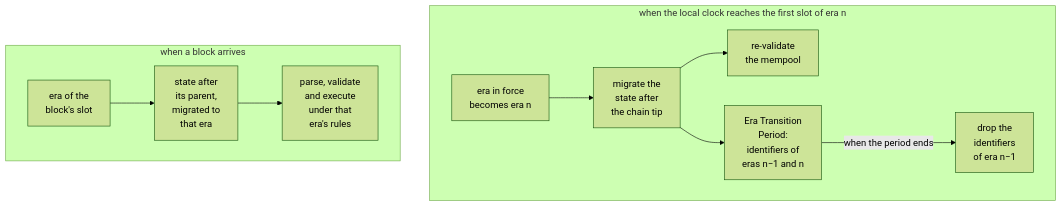
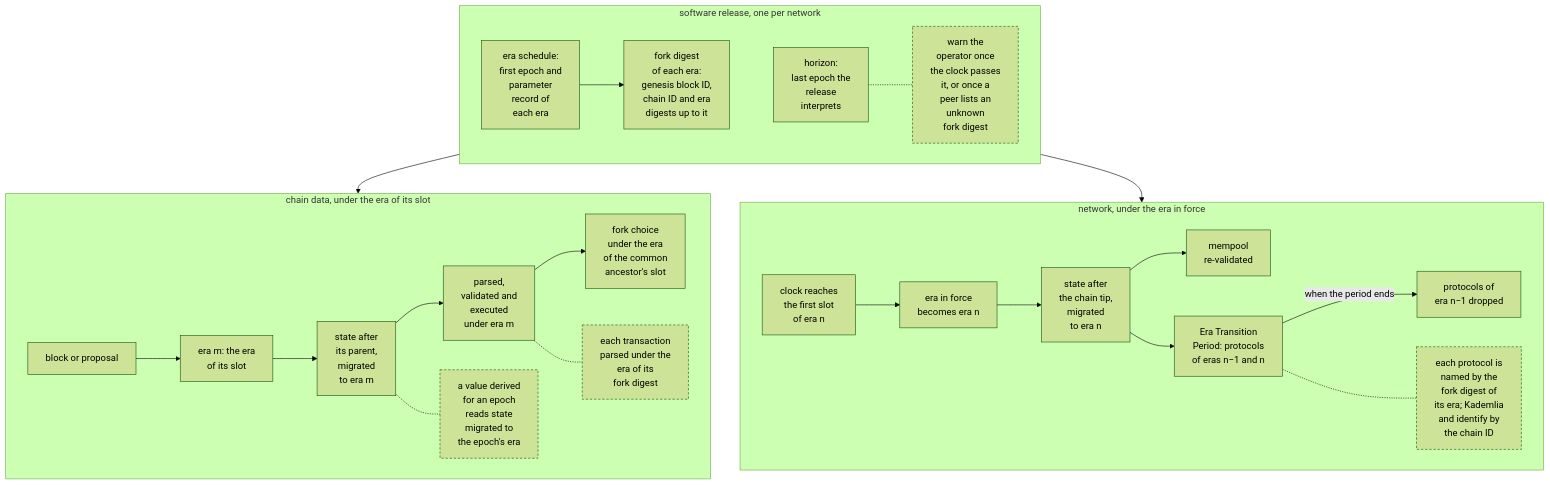
Before and after one commit to logos-co/logos-lips: the fifth of 5 diagrams in docs/blockchain/raw/bedrock-eras.md, drawn with Mermaid (forest theme). The commit also changed other lines of this file, not shown here.

Commit message:
docs(blockchain): redraw the era Protocol diagram to match the section and order the text with it

````diff
--- a/docs/blockchain/raw/bedrock-eras.md
+++ b/docs/blockchain/raw/bedrock-eras.md
@@ -146,13 +146,29 @@
 ```mermaid
 flowchart TB
-    subgraph clock["when the local clock reaches the first slot of era n"]
-        c1["era in force<br/>becomes era n"] --> c2["migrate the<br/>state after<br/>the chain tip"]
-        c2 --> c3["re-validate<br/>the mempool"]
-        c2 --> c4["Era Transition<br/>Period:<br/>identifiers of<br/>eras n−1 and n"]
-        c4 -- "when the period ends" --> c5["drop the<br/>identifiers<br/>of era n−1"]
+    subgraph rel["software release, one per network"]
+        direction LR
+        sch["era schedule:<br/>first epoch and<br/>parameter<br/>record of<br/>each era"] --> fdg["fork digest<br/>of each era:<br/>genesis block ID,<br/>chain ID and era<br/>digests up to it"]
+        fdg ~~~ hor["horizon:<br/>last epoch the<br/>release<br/>interprets"]
+        hor -.- hw["warn the<br/>operator once<br/>the clock passes<br/>it, or once a<br/>peer lists an<br/>unknown<br/>fork digest"]
     end
-    subgraph block["when a block arrives"]
-        b1["era of the<br/>block's slot"] --> b2["state after<br/>its parent,<br/>migrated to<br/>that era"]
-        b2 --> b3["parse, validate<br/>and execute<br/>under that<br/>era's rules"]
+    subgraph chain["chain data, under the era of its slot"]
+        b1["block or proposal"] --> b2["era m: the era<br/>of its slot"]
+        b2 --> b3["state after<br/>its parent,<br/>migrated<br/>to era m"]
+        b3 --> b4["parsed,<br/>validated and<br/>executed<br/>under era m"]
+        b4 --> b5["fork choice<br/>under the era<br/>of the common<br/>ancestor's slot"]
+        b3 -.- ev["a value derived<br/>for an epoch<br/>reads state<br/>migrated to<br/>the epoch's era"]
+        b4 -.- tx["each transaction<br/>parsed under the<br/>era of its<br/>fork digest"]
     end
+    subgraph net["network, under the era in force"]
+        n1["clock reaches<br/>the first slot<br/>of era n"] --> n2["era in force<br/>becomes era n"]
+        n2 --> n3["state after<br/>the chain tip,<br/>migrated<br/>to era n"]
+        n3 --> n3b["mempool<br/>re-validated"]
+        n3 --> n4["Era Transition<br/>Period: protocols<br/>of eras n−1 and n"]
+        n4 -- "when the period ends" --> n5["protocols of<br/>era n−1 dropped"]
+        n4 -.- id["each protocol is<br/>named by the<br/>fork digest of<br/>its era; Kademlia<br/>and identify by<br/>the chain ID"]
+    end
+    rel --> chain
+    rel --> net
+    classDef note stroke-dasharray: 4 3
+    class hw,ev,tx,id note
 ```
````
